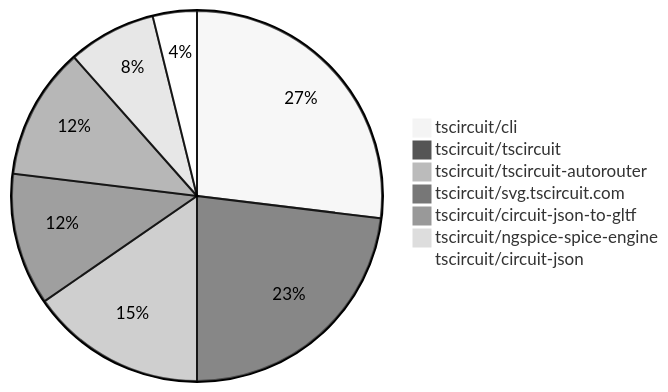
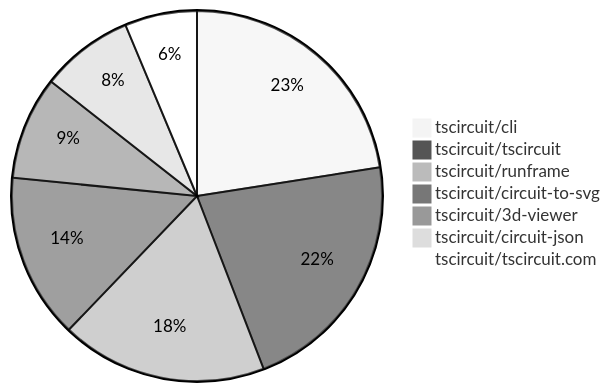
Before and after one commit to tscircuit/contribution-tracker: the second of 2 diagrams in contribution-overviews/2025-11-19.md, drawn with Mermaid (neutral theme). The commit also changed other lines of this file and 3 other files, not shown here.

````diff
--- a/contribution-overviews/2025-11-19.md
+++ b/contribution-overviews/2025-11-19.md
@@ -68,10 +91,10 @@
 ```mermaid
 pie
-    "tscircuit/cli" : 7
-    "tscircuit/tscircuit" : 6
-    "tscircuit/tscircuit-autorouter" : 4
-    "tscircuit/svg.tscircuit.com" : 3
-    "tscircuit/circuit-json-to-gltf" : 3
-    "tscircuit/ngspice-spice-engine" : 2
-    "tscircuit/circuit-json" : 1
+    "tscircuit/cli" : 25
+    "tscircuit/tscircuit" : 24
+    "tscircuit/runframe" : 20
+    "tscircuit/circuit-to-svg" : 16
+    "tscircuit/3d-viewer" : 10
+    "tscircuit/circuit-json" : 9
+    "tscircuit/tscircuit.com" : 7
 ```
````
